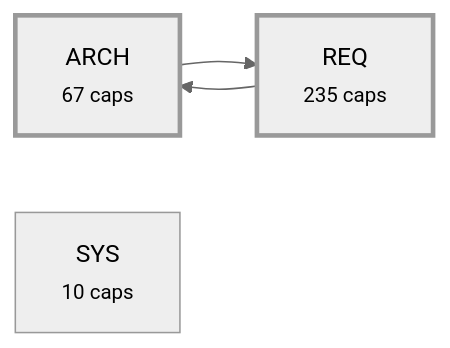
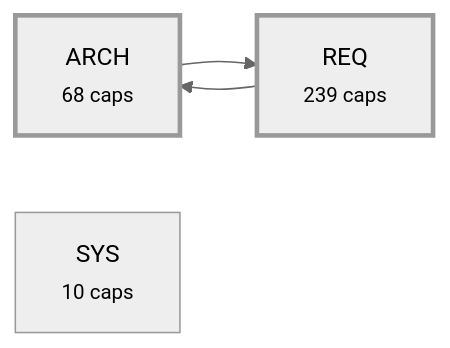
The third of 4 diagrams in plugin/requirements/_map.md (alxmax/Requirement-manager), drawn with Mermaid (neutral theme) before and after one commit. The commit also changed other lines of this file and 40 other files, not shown here.

````diff
--- a/plugin/requirements/_map.md
+++ b/plugin/requirements/_map.md
@@ -1081,10 +1111,10 @@
 ```mermaid
 graph LR
-  a_ARCH["ARCH<br><small>67 caps</small>"]
-  a_REQ["REQ<br><small>235 caps</small>"]
+  a_ARCH["ARCH<br><small>68 caps</small>"]
+  a_REQ["REQ<br><small>239 caps</small>"]
   a_SYS["SYS<br><small>10 caps</small>"]
   a_ARCH --> a_REQ
   a_REQ --> a_ARCH
   style a_ARCH stroke-width:3px
   style a_REQ stroke-width:3px
 ```
````
